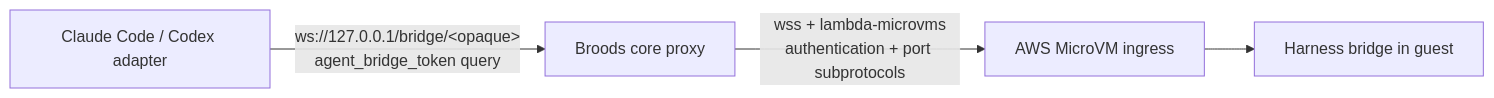
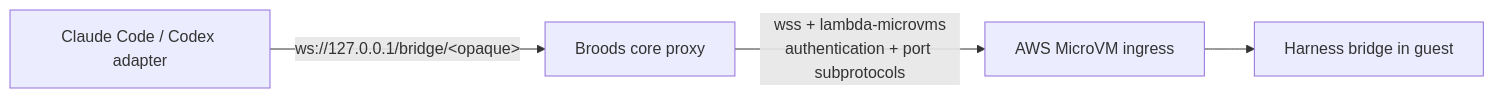
The diagram in packages/ai-sdk-sandbox/README.md (beeblastco/broods), drawn with Mermaid before and after one commit. The commit also changed other lines of this file and 20 other files, not shown here.

````diff
--- a/packages/ai-sdk-sandbox/README.md
+++ b/packages/ai-sdk-sandbox/README.md
@@ -81,6 +78,6 @@
 ```mermaid
 flowchart LR
-  Adapter["Claude Code / Codex adapter"] -->|"ws://127.0.0.1/bridge/&lt;opaque&gt;<br/>agent_bridge_token query"| Proxy["Broods core proxy"]
+  Adapter["Claude Code / Codex adapter"] -->|"ws://127.0.0.1/bridge/&lt;opaque&gt;"| Proxy["Broods core proxy"]
   Proxy -->|"wss + lambda-microvms<br/>authentication + port subprotocols"| AWS["AWS MicroVM ingress"]
   AWS --> Bridge["Harness bridge in guest"]
 ```
````
